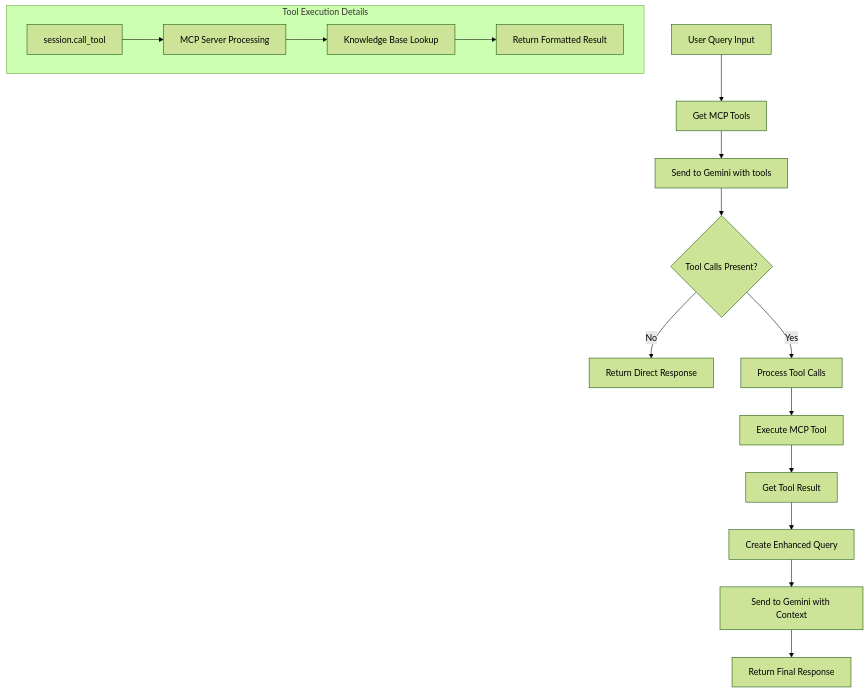
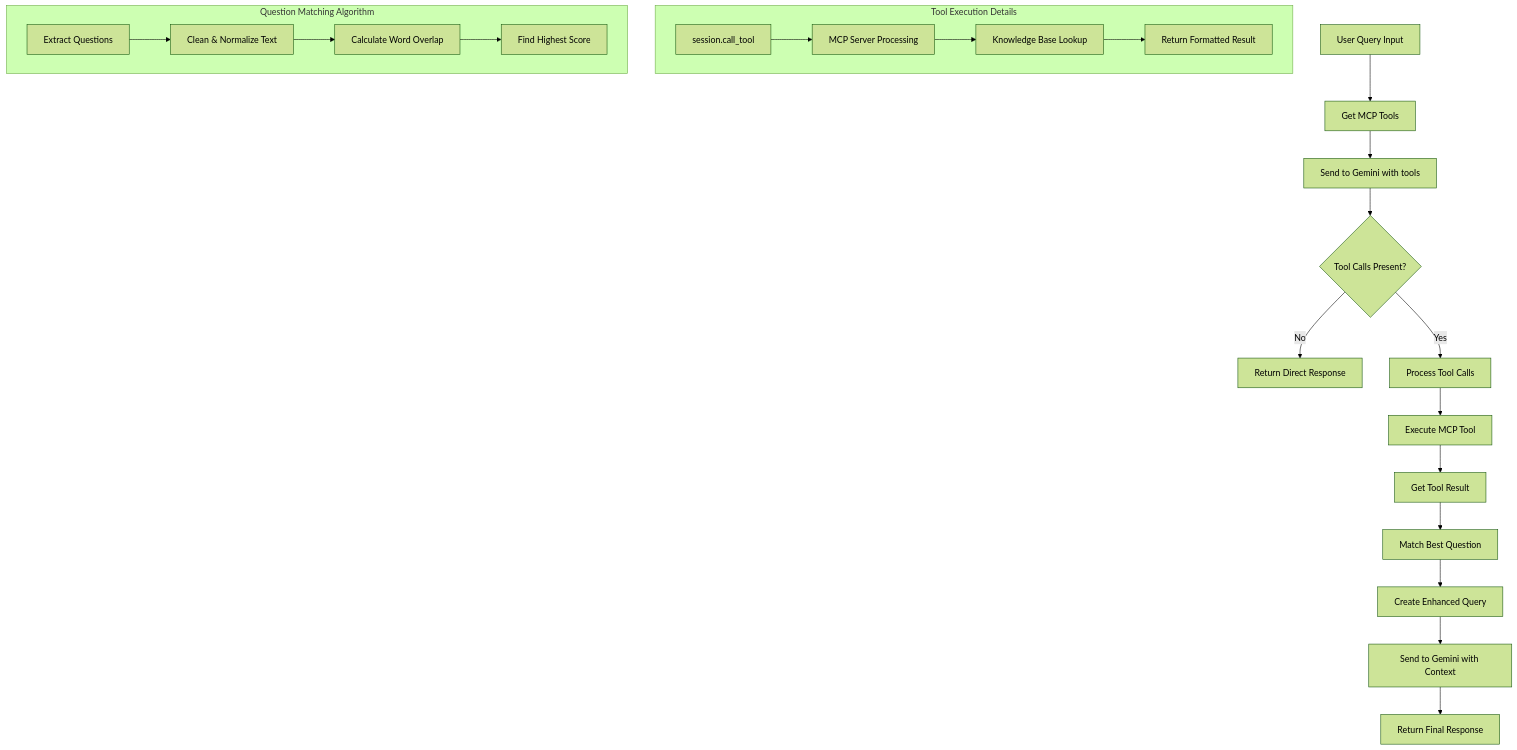
The third of 5 diagrams in GeminiAI-integration/control_flow.md (PacifistaPx0/MCP-Server), drawn with Mermaid (forest theme) before and after one commit. The commit also changed other lines of this file and 2 other files, not shown here.

````diff
--- a/GeminiAI-integration/control_flow.md
+++ b/GeminiAI-integration/control_flow.md
@@ -157,21 +157,28 @@
 ```mermaid
 graph TD
     A[User Query Input] --> B[Get MCP Tools]
     B --> C[Send to Gemini with tools]
     C --> D{Tool Calls Present?}
     
     D -->|No| E[Return Direct Response]
     D -->|Yes| F[Process Tool Calls]
     
     F --> G[Execute MCP Tool]
     G --> H[Get Tool Result]
-    H --> I[Create Enhanced Query]
+    H --> H2[Match Best Question]
+    H2 --> I[Create Enhanced Query]
     I --> J[Send to Gemini with Context]
     J --> K[Return Final Response]
     
     subgraph "Tool Execution Details"
         G1[session.call_tool] --> G2[MCP Server Processing]
         G2 --> G3[Knowledge Base Lookup]
         G3 --> G4[Return Formatted Result]
     end
+    
+    subgraph "Question Matching Algorithm"
+        H2A[Extract Questions] --> H2B[Clean & Normalize Text]
+        H2B --> H2C[Calculate Word Overlap]
+        H2C --> H2D[Find Highest Score]
+    end
 ```
````
